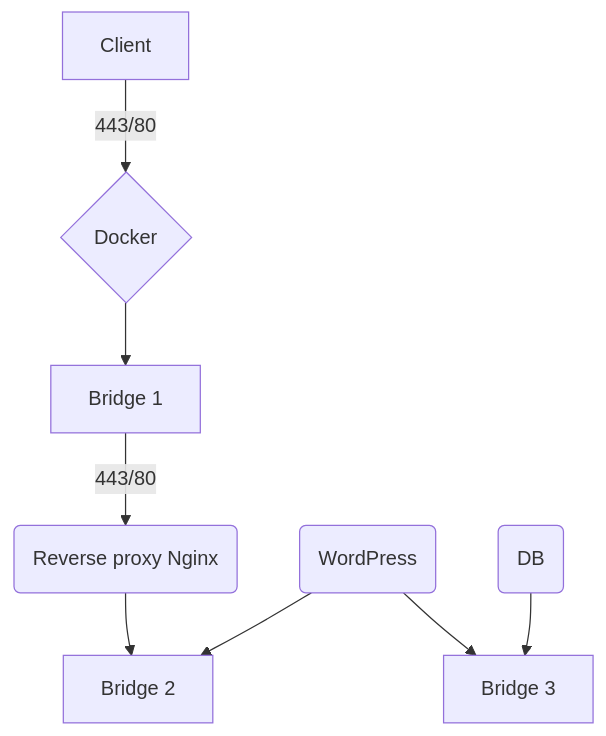
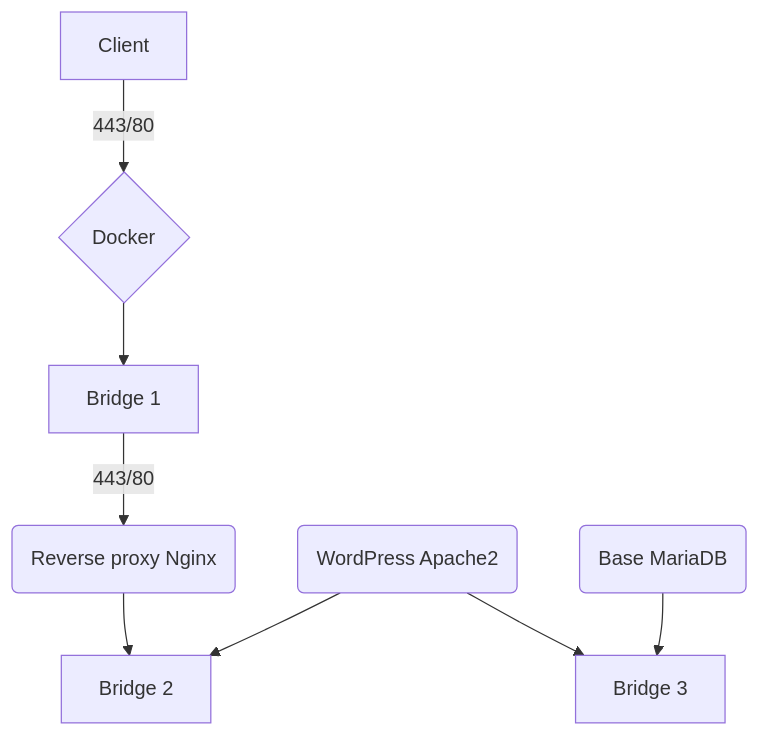
One commit to Bastosito/infradockercms changed the diagram in README.md. Above: the diagram before and after it, drawn with Mermaid. The commit also changed other lines of this file and 1 other file, not shown here.

````diff
--- a/README.md
+++ b/README.md
@@ -12,10 +26,10 @@
 ```mermaid
 graph TD
     A[Client] -->|443/80| C{Docker}
     C --> D[Bridge 1]
     D --> |443/80| E(Reverse proxy Nginx)
     E --> F[Bridge 2]
-    G(WordPress) --> F[Bridge 2] 
+    G(WordPress Apache2) --> F[Bridge 2] 
     G --> H[Bridge 3]
-    I(DB) --> H
+    I(Base MariaDB) --> H
 ```
````
